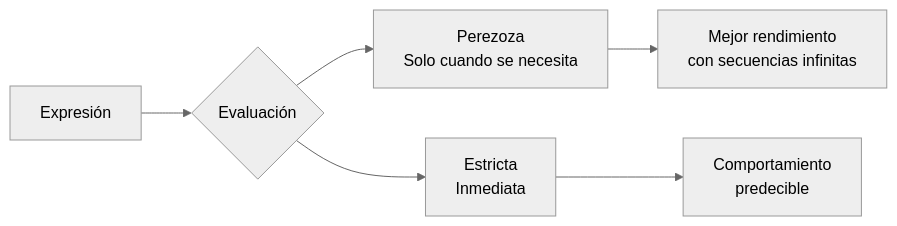
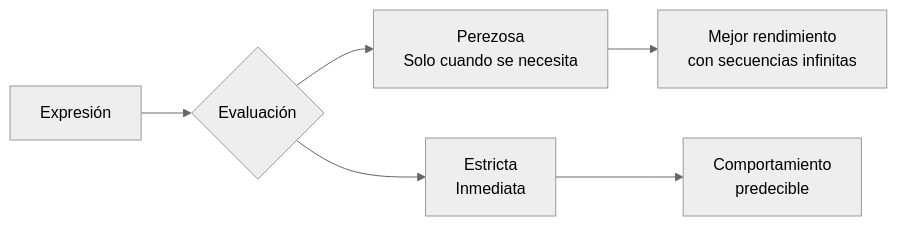
The first of 2 diagrams in public/documents/semester-3/3/3315.md (djaimej/computer-science-template), drawn with Mermaid (neutral theme) before and after one commit. The commit also changed other lines of this file and 33 other files, not shown here.

````diff
--- a/public/documents/semester-3/3/3315.md
+++ b/public/documents/semester-3/3/3315.md
@@ -127,9 +129,9 @@
 ```mermaid
 graph LR
     A[Expresión] --> B{Evaluación}
-    B --> C[Perezoza<br>Solo cuando se necesita]
+    B --> C[Perezosa<br>Solo cuando se necesita]
     B --> D[Estricta<br>Inmediata]
 
     C --> E[Mejor rendimiento<br>con secuencias infinitas]
     D --> F[Comportamiento<br>predecible]
 ```
````
